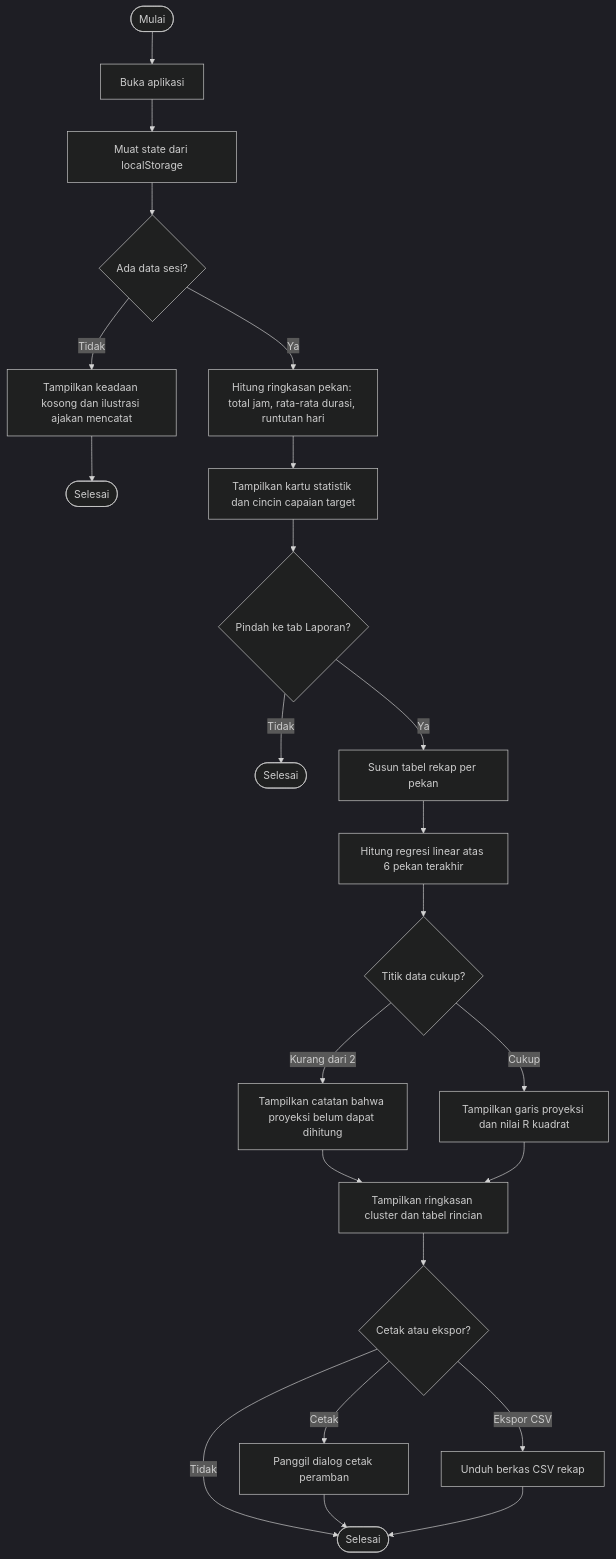
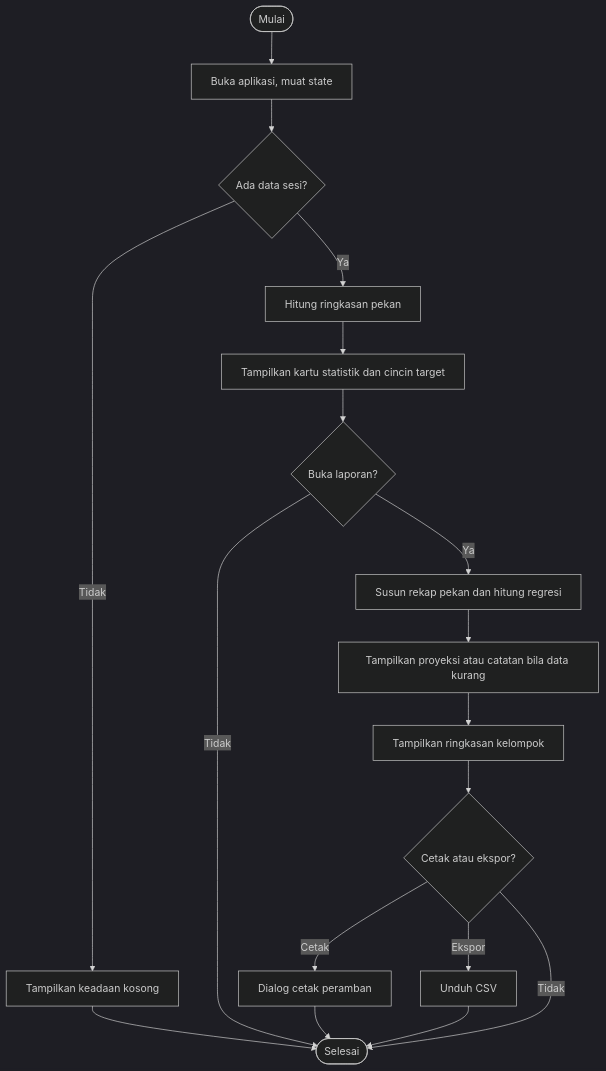
Before and after one commit to whitefoxrakka-cloud/studytrack-ssd30-progress: the third of 12 diagrams in laporan/tahap-3-perancangan-uml.md, drawn with Mermaid (dark theme). The commit also changed other lines of this file and 10 other files, not shown here.

First line of the commit message:
Laporan Bab I-IV (DOCX/PDF), presentasi Tahap 1-4, dan logbook mingguan

````diff
--- a/laporan/tahap-3-perancangan-uml.md
+++ b/laporan/tahap-3-perancangan-uml.md
@@ -189,25 +186,18 @@
 ```mermaid
+%%%%{init: {"flowchart": {"wrappingWidth": 340, "nodeSpacing": 45, "rankSpacing": 50}}}%%%%
 flowchart TD
-  A([Mulai]) --> B[Buka aplikasi]
-  B --> C[Muat state dari localStorage]
-  C --> D{Ada data sesi?}
-  D -->|Tidak| E[Tampilkan keadaan kosong dan ilustrasi ajakan mencatat]
-  E --> F([Selesai])
-  D -->|Ya| G[Hitung ringkasan pekan: total jam, rata-rata durasi, runtutan hari]
-  G --> H[Tampilkan kartu statistik dan cincin capaian target]
-  H --> I{Pindah ke tab Laporan?}
-  I -->|Tidak| J([Selesai])
-  I -->|Ya| K[Susun tabel rekap per pekan]
-  K --> L[Hitung regresi linear atas 6 pekan terakhir]
-  L --> M{Titik data cukup?}
-  M -->|Kurang dari 2| N[Tampilkan catatan bahwa proyeksi belum dapat dihitung]
-  M -->|Cukup| O[Tampilkan garis proyeksi dan nilai R kuadrat]
-  N --> P[Tampilkan ringkasan cluster dan tabel rincian]
-  O --> P
-  P --> Q{Cetak atau ekspor?}
-  Q -->|Cetak| R[Panggil dialog cetak peramban]
-  Q -->|Ekspor CSV| S[Unduh berkas CSV rekap]
-  Q -->|Tidak| T([Selesai])
-  R --> T
-  S --> T
+  A([Mulai]) --> B[Buka aplikasi, muat state]
+  B --> C{Ada data sesi?}
+  C -->|Tidak| D[Tampilkan keadaan kosong] --> E([Selesai])
+  C -->|Ya| F[Hitung ringkasan pekan]
+  F --> G[Tampilkan kartu statistik dan cincin target]
+  G --> H{Buka laporan?}
+  H -->|Tidak| E
+  H -->|Ya| I[Susun rekap pekan dan hitung regresi]
+  I --> J[Tampilkan proyeksi atau catatan bila data kurang]
+  J --> K[Tampilkan ringkasan kelompok]
+  K --> L{Cetak atau ekspor?}
+  L -->|Cetak| M[Dialog cetak peramban] --> E
+  L -->|Ekspor| N[Unduh CSV] --> E
+  L -->|Tidak| E
 ```
````
